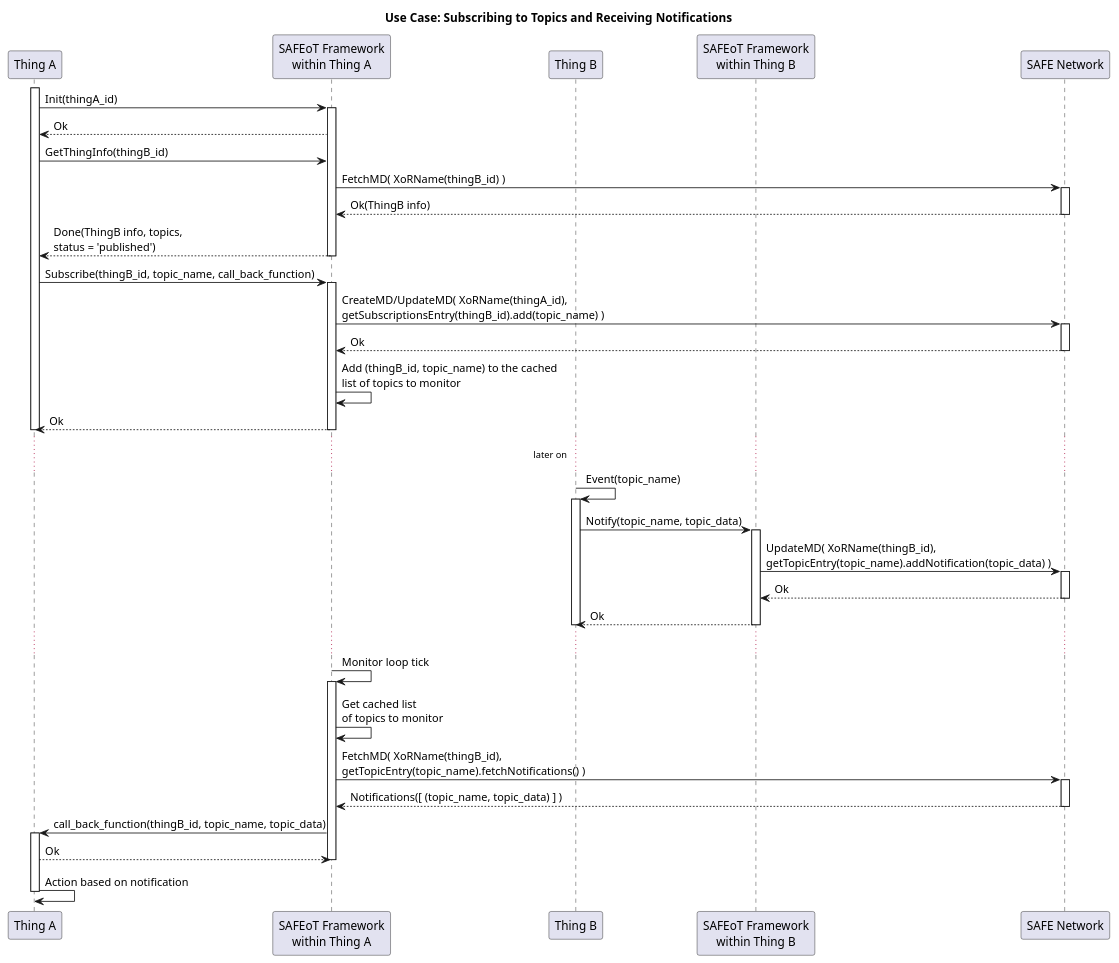
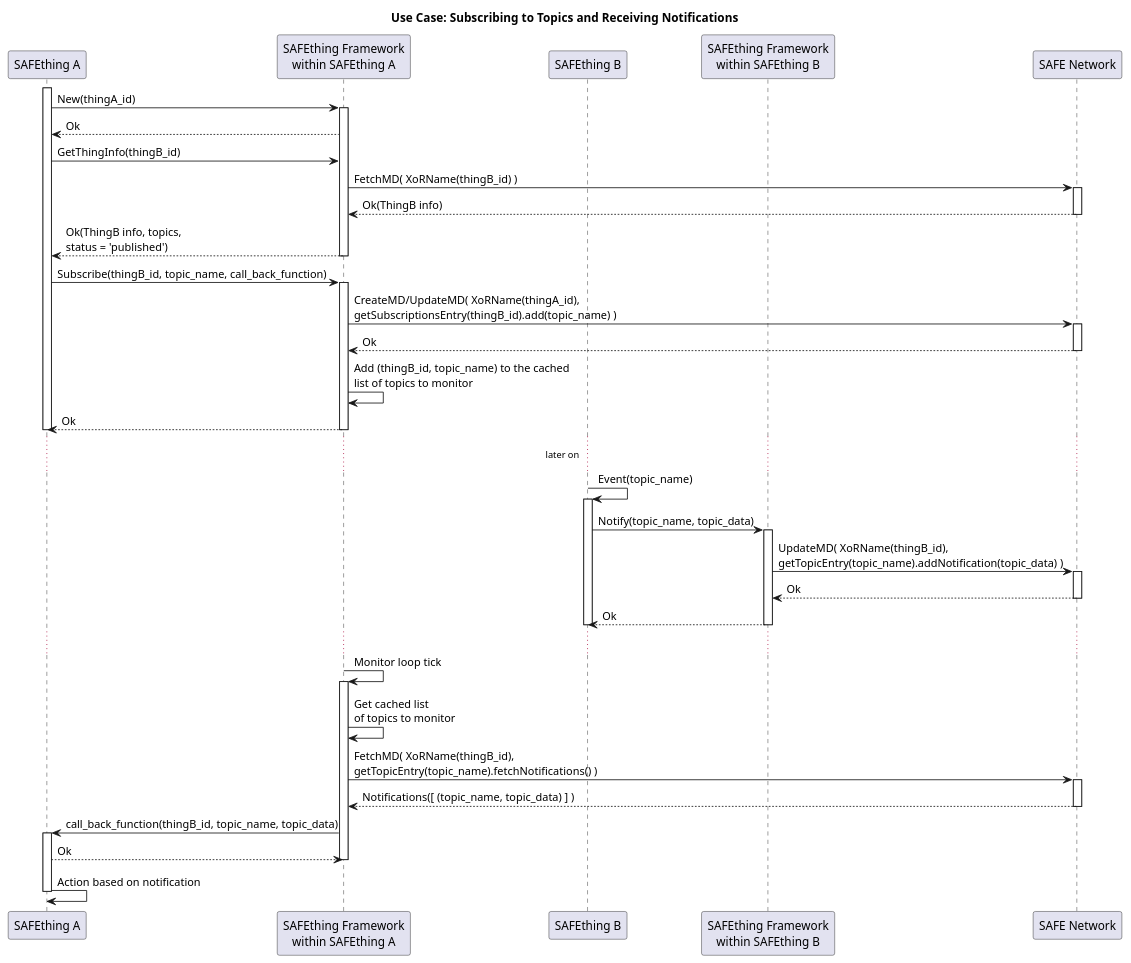
The diagram in misc/UC_subscriptions_and_notifications.plantuml (bochaco/safe_thing), drawn with PlantUML before and after one commit. The commit also changed 19 other files, not shown here.

Commit message:
Renaming from SAFEoT to SAFEthing

```diff
--- a/misc/UC_subscriptions_and_notifications.plantuml
+++ b/misc/UC_subscriptions_and_notifications.plantuml
@@ -1,79 +1,79 @@
 @startuml
 title **Use Case: Subscribing to Topics and Receiving Notifications**
 
-participant "Thing A" as thingA
-participant "SAFEoT Framework\nwithin Thing A" as safeotA
-participant "Thing B" as thingB
-participant "SAFEoT Framework\nwithin Thing B" as safeotB
+participant "SAFEthing A" as thingA
+participant "SAFEthing Framework\nwithin SAFEthing A" as frameworkA
+participant "SAFEthing B" as thingB
+participant "SAFEthing Framework\nwithin SAFEthing B" as frameworkB
 participant "SAFE Network" as safenet
 
 activate thingA
-thingA -> safeotA: Init(thingA_id)
-activate safeotA
-thingA <-- safeotA: Ok
-thingA -> safeotA: GetThingInfo(thingB_id)
+thingA -> frameworkA: New(thingA_id)
+activate frameworkA
+thingA <-- frameworkA: Ok
+thingA -> frameworkA: GetThingInfo(thingB_id)
 
-safeotA -> safenet: FetchMD( XoRName(thingB_id) )
+frameworkA -> safenet: FetchMD( XoRName(thingB_id) )
 activate safenet
 
-safeotA <-- safenet: Ok(ThingB info)
+frameworkA <-- safenet: Ok(ThingB info)
 deactivate safenet
 
-thingA <-- safeotA: Done(ThingB info, topics,\nstatus = 'published')
-deactivate safeotA
+thingA <-- frameworkA: Ok(ThingB info, topics,\nstatus = 'published')
+deactivate frameworkA
 
-thingA -> safeotA: Subscribe(thingB_id, topic_name, call_back_function)
-activate safeotA
+thingA -> frameworkA: Subscribe(thingB_id, topic_name, call_back_function)
+activate frameworkA
 
-safeotA -> safenet: CreateMD/UpdateMD( XoRName(thingA_id),\ngetSubscriptionsEntry(thingB_id).add(topic_name) )
+frameworkA -> safenet: CreateMD/UpdateMD( XoRName(thingA_id),\ngetSubscriptionsEntry(thingB_id).add(topic_name) )
 activate safenet
 
-safeotA <-- safenet: Ok
+frameworkA <-- safenet: Ok
 deactivate safenet
 
-safeotA -> safeotA: Add (thingB_id, topic_name) to the cached\nlist of topics to monitor
+frameworkA -> frameworkA: Add (thingB_id, topic_name) to the cached\nlist of topics to monitor
 
-thingA <-- safeotA: Ok
-deactivate safeotA
+thingA <-- frameworkA: Ok
+deactivate frameworkA
 deactivate thingA
 
 ...later on...
 thingB -> thingB: Event(topic_name)
 activate thingB
 
-thingB -> safeotB: Notify(topic_name, topic_data)
-activate safeotB
+thingB -> frameworkB: Notify(topic_name, topic_data)
+activate frameworkB
 
-safeotB -> safenet: UpdateMD( XoRName(thingB_id),\ngetTopicEntry(topic_name).addNotification(topic_data) )
+frameworkB -> safenet: UpdateMD( XoRName(thingB_id),\ngetTopicEntry(topic_name).addNotification(topic_data) )
 activate safenet
 
-safeotB <-- safenet: Ok
+frameworkB <-- safenet: Ok
 deactivate safenet
 
-thingB <-- safeotB: Ok
-deactivate safeotB
+thingB <-- frameworkB: Ok
+deactivate frameworkB
 deactivate thingB
 
 ...
 
-safeotA -> safeotA: Monitor loop tick
-activate safeotA
+frameworkA -> frameworkA: Monitor loop tick
+activate frameworkA
 
-safeotA -> safeotA: Get cached list\nof topics to monitor
+frameworkA -> frameworkA: Get cached list\nof topics to monitor
 
-safeotA -> safenet: FetchMD( XoRName(thingB_id),\ngetTopicEntry(topic_name).fetchNotifications() )
+frameworkA -> safenet: FetchMD( XoRName(thingB_id),\ngetTopicEntry(topic_name).fetchNotifications() )
 activate safenet
 
-safeotA <-- safenet: Notifications([ (topic_name, topic_data) ] )
+frameworkA <-- safenet: Notifications([ (topic_name, topic_data) ] )
 deactivate safenet
 
-thingA <- safeotA: call_back_function(thingB_id, topic_name, topic_data)
+thingA <- frameworkA: call_back_function(thingB_id, topic_name, topic_data)
 activate thingA
 
-thingA --> safeotA: Ok
-deactivate safeotA
+thingA --> frameworkA: Ok
+deactivate frameworkA
 
 thingA -> thingA: Action based on notification
 deactivate thingA
 
 @enduml
```
